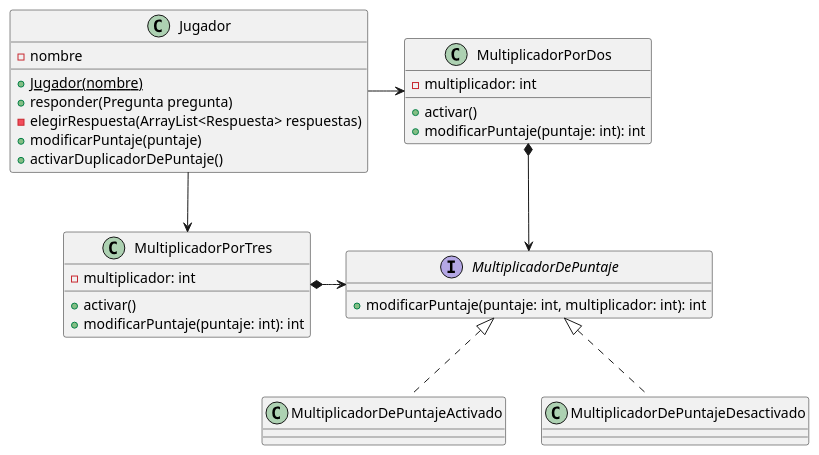
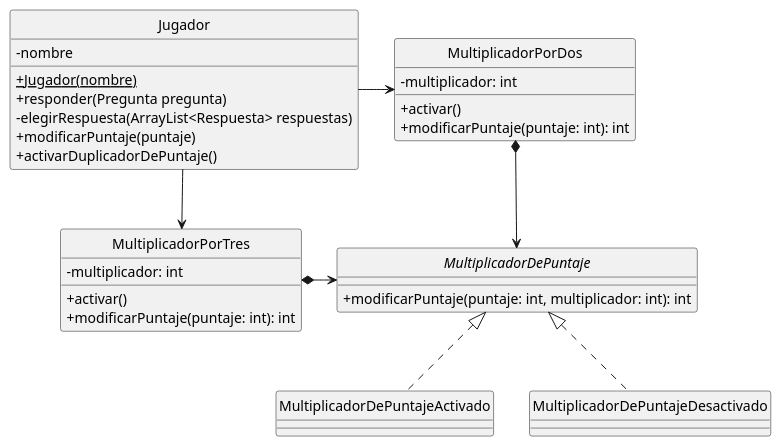
Before and after one commit to lorenzocabirta7/TP2-Algoritmos-y-Programacion-III: the diagram in src/diagramas/Multiplicadores.puml, drawn with PlantUML. The commit also changed 5 other files, not shown here.

Commit message:
Cambio los diagramas de clases, cambio algoJuego y creo un GeradorDePreguntas

```diff
--- a/src/diagramas/Multiplicadores.puml
+++ b/src/diagramas/Multiplicadores.puml
@@ -1,44 +1,46 @@
 @startuml
 'https://plantuml.com/class-diagram'
-
+hide circle
+skinparam classAttributeIconSize 0
+skinparam monochrome true
 
 class Jugador {
 
     -nombre
     +{static}Jugador(nombre)
     +responder(Pregunta pregunta)
     -elegirRespuesta(ArrayList<Respuesta> respuestas)
     +modificarPuntaje(puntaje)
     +activarDuplicadorDePuntaje()
 }
 Jugador -> MultiplicadorPorDos
 Jugador --> MultiplicadorPorTres
 
 class MultiplicadorPorDos {
     -multiplicador: int
     +activar()
     +modificarPuntaje(puntaje: int): int
 }
 MultiplicadorPorDos *-> MultiplicadorDePuntaje
 
 class MultiplicadorPorTres{
     -multiplicador: int
     +activar()
     +modificarPuntaje(puntaje: int): int
 }
 MultiplicadorPorTres *-> MultiplicadorDePuntaje
 
 interface MultiplicadorDePuntaje {
     +modificarPuntaje(puntaje: int, multiplicador: int): int
 }
 
 class MultiplicadorDePuntajeActivado implements MultiplicadorDePuntaje {
 
 }
 
 class MultiplicadorDePuntajeDesactivado implements MultiplicadorDePuntaje {
 
 }
 
 
 @enduml
```
